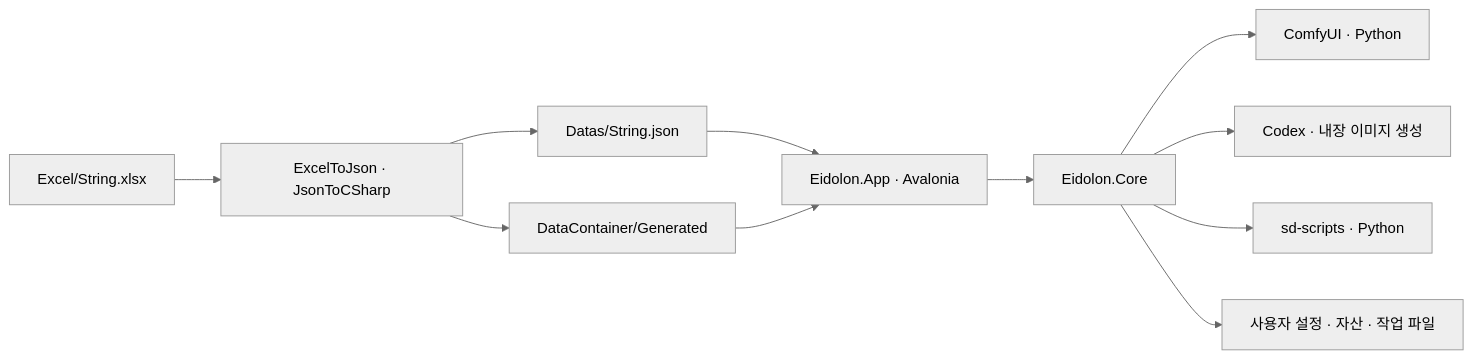
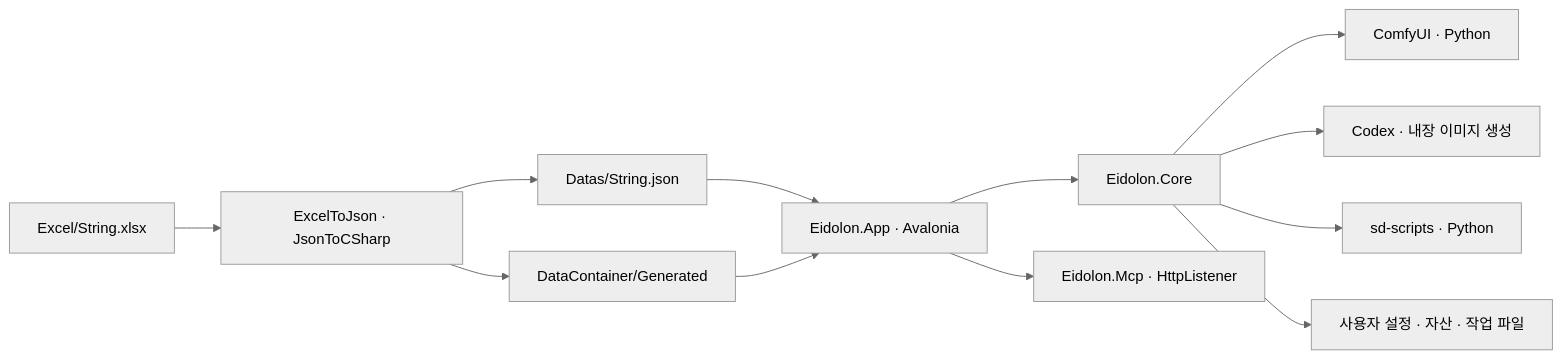
Before and after one commit to EomTaeWook/Eidolon: the diagram in Docs/EidolonArchitecture.md, drawn with Mermaid (neutral theme). The commit also changed other lines of this file and 73 other files, not shown here.

````diff
--- a/Docs/EidolonArchitecture.md
+++ b/Docs/EidolonArchitecture.md
@@ -15,13 +15,14 @@
 ```mermaid
 flowchart LR
     Excel[Excel/String.xlsx] --> Export[ExcelToJson · JsonToCSharp]
     Export --> Json[Datas/String.json]
     Export --> Templates[DataContainer/Generated]
     Json --> App[Eidolon.App · Avalonia]
     Templates --> App
     App --> Core[Eidolon.Core]
+    App --> Mcp[Eidolon.Mcp · HttpListener]
     Core --> Comfy[ComfyUI · Python]
     Core --> Codex[Codex · 내장 이미지 생성]
     Core --> Training[sd-scripts · Python]
     Core --> Files[사용자 설정 · 자산 · 작업 파일]
 ```
````
